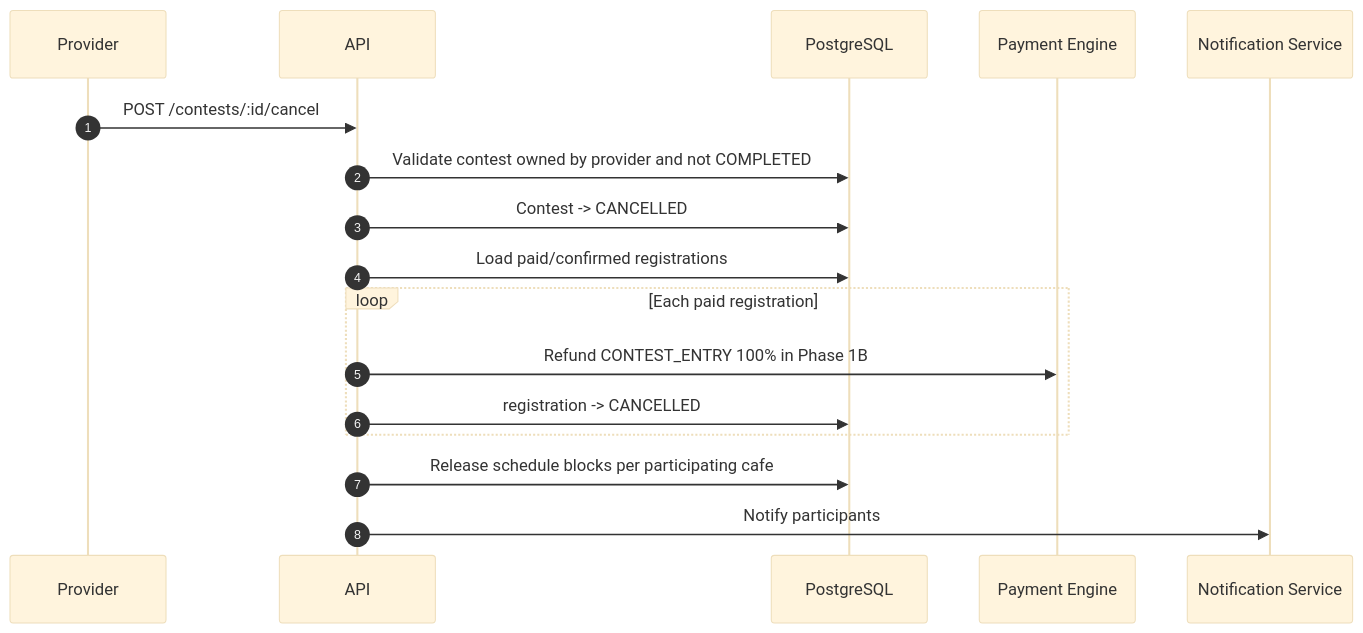
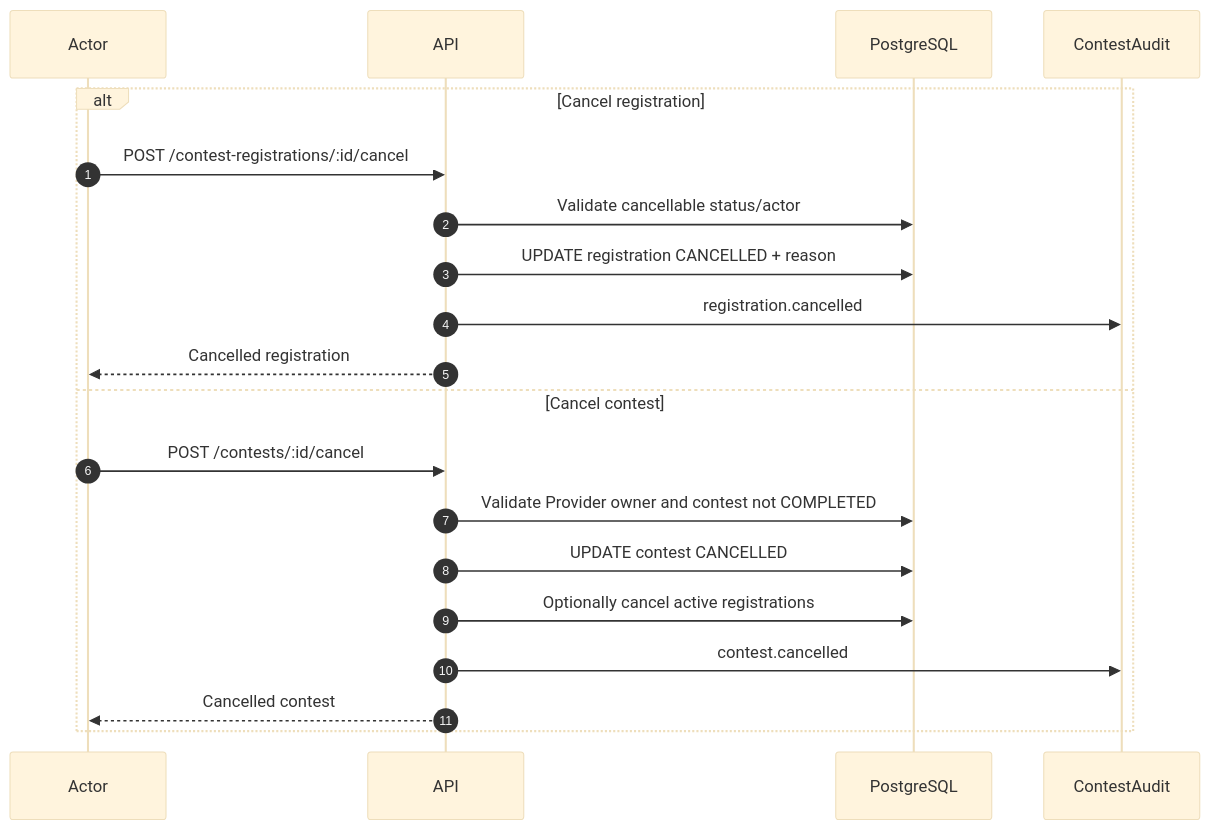
One commit to RCField-SEP490/rcfield-spec changed the tenth of 10 diagrams in docs/diagrams/sequence/sequence-flow-contest-lifecycle.md. Above: the diagram before and after it, drawn with Mermaid (base theme). The commit also changed other lines of this file and 8 other files, not shown here.

````diff
--- a/docs/diagrams/sequence/sequence-flow-contest-lifecycle.md
+++ b/docs/diagrams/sequence/sequence-flow-contest-lifecycle.md
@@ -316,20 +250,23 @@
 ```mermaid
 sequenceDiagram
     autonumber
-    participant P as Provider
+    participant A as Actor
     participant API as API
     participant DB as PostgreSQL
-    participant Pay as Payment Engine
-    participant N as Notification Service
+    participant Audit as ContestAudit
 
-    P->>API: POST /contests/:id/cancel
-    API->>DB: Validate contest owned by provider and not COMPLETED
-    API->>DB: Contest -> CANCELLED
-    API->>DB: Load paid/confirmed registrations
-    loop Each paid registration
-        API->>Pay: Refund CONTEST_ENTRY 100% in Phase 1B
-        API->>DB: registration -> CANCELLED
+    alt Cancel registration
+        A->>API: POST /contest-registrations/:id/cancel
+        API->>DB: Validate cancellable status/actor
+        API->>DB: UPDATE registration CANCELLED + reason
+        API->>Audit: registration.cancelled
+        API-->>A: Cancelled registration
+    else Cancel contest
+        A->>API: POST /contests/:id/cancel
+        API->>DB: Validate Provider owner and contest not COMPLETED
+        API->>DB: UPDATE contest CANCELLED
+        API->>DB: Optionally cancel active registrations
+        API->>Audit: contest.cancelled
+        API-->>A: Cancelled contest
     end
-    API->>DB: Release schedule blocks per participating cafe
-    API->>N: Notify participants
 ```
````
